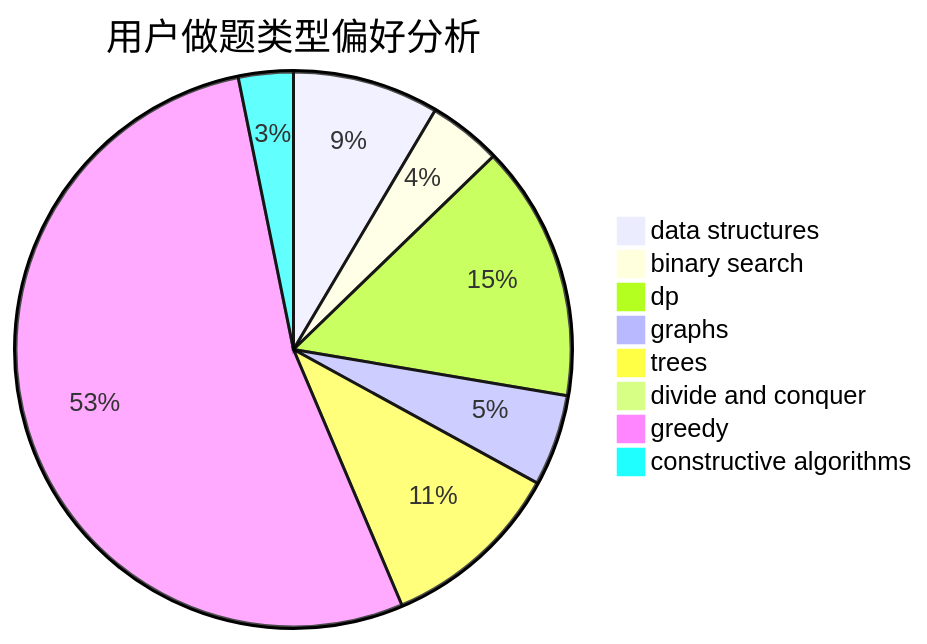
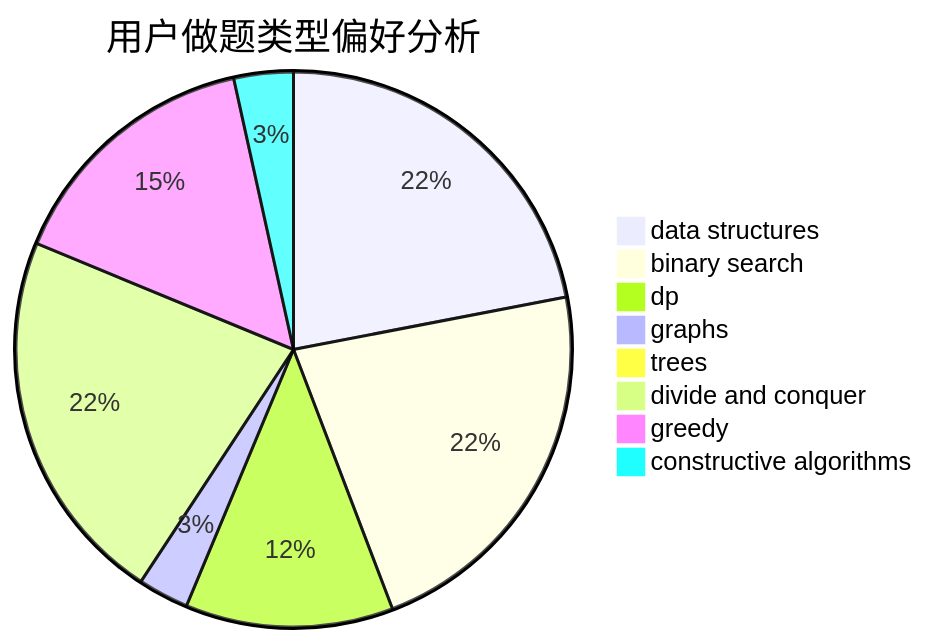
One commit to sherpahu/cfrs.github.io changed the second of 3 diagrams in docs/user/u2748.md. Above: the diagram before and after it, drawn with Mermaid. The commit also changed other lines of this file and 2770 other files, not shown here.

````diff
--- a/docs/user/u2748.md
+++ b/docs/user/u2748.md
@@ -23,11 +23,11 @@
 ```mermaid
 pie title 用户做题类型偏好分析
-    "data structures" :  8
-    "binary search" :  4
-    "dp" :  14
-    "graphs" :  5
-    "trees" :  10
-    "divide and conquer" :  0
-    "greedy" :  50
-    "constructive algorithms" :  3
+    "data structures" :  89
+    "binary search" :  90
+    "dp" :  49
+    "graphs" :  12
+    "trees" :  0
+    "divide and conquer" :  89
+    "greedy" :  62
+    "constructive algorithms" :  14
 ```
````
